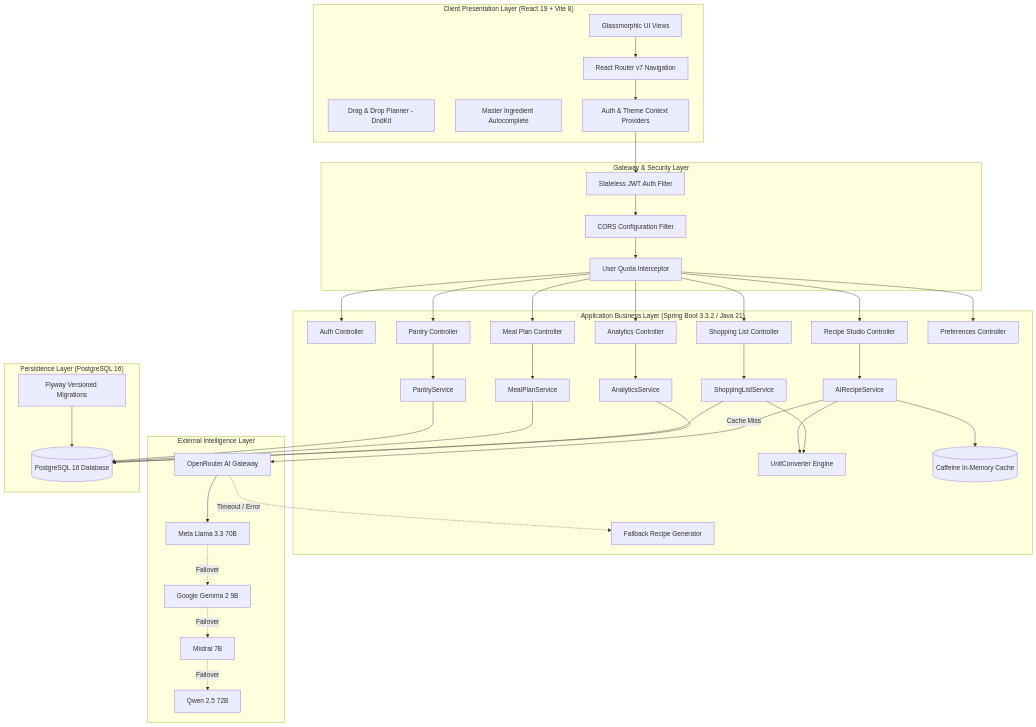
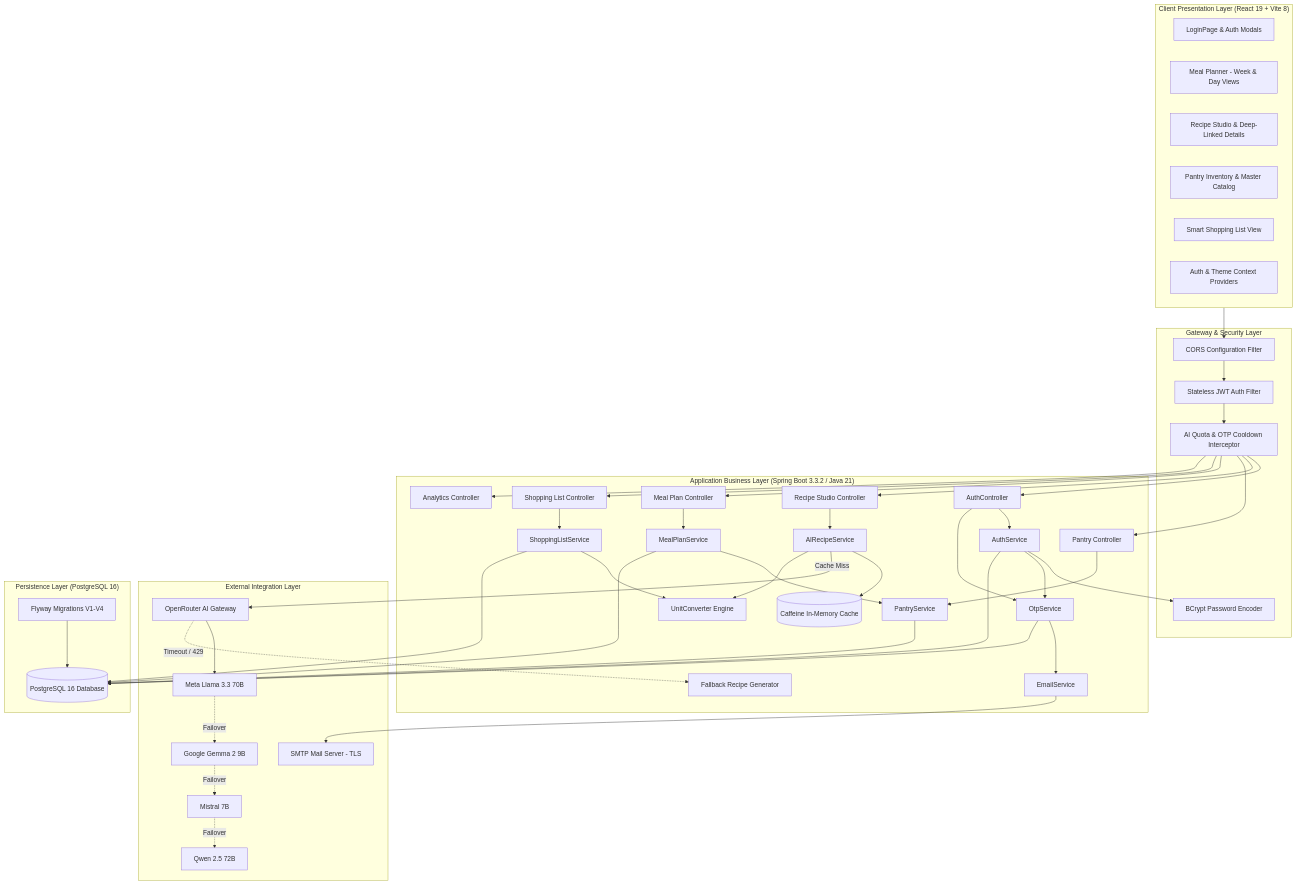
The first of 5 diagrams in README.md (jayeshahir09/MealCraft), drawn with Mermaid before and after one commit. The commit also changed other lines of this file, not shown here.

First line of the commit message:
docs: update system architecture, end-to-end workflows, and test matrix in README

````diff
--- a/README.md
+++ b/README.md
@@ -107,69 +121,77 @@
 ```mermaid
 flowchart TB
     subgraph Client ["Client Presentation Layer (React 19 + Vite 8)"]
-        UI[Glassmorphic UI Views]
-        Router[React Router v7 Navigation]
-        DnD[Drag & Drop Planner - DndKit]
-        Catalog[Master Ingredient Autocomplete]
+        LoginPage[LoginPage & Auth Modals]
+        PlannerUI[Meal Planner - Week & Day Views]
+        RecipeUI[Recipe Studio & Deep-Linked Details]
+        PantryUI[Pantry Inventory & Master Catalog]
+        ShoppingUI[Smart Shopping List View]
         AuthContext[Auth & Theme Context Providers]
     end
 
     subgraph Security ["Gateway & Security Layer"]
         CORS[CORS Configuration Filter]
         JWT[Stateless JWT Auth Filter]
-        RateLimiter[User Quota Interceptor]
+        RateLimiter[AI Quota & OTP Cooldown Interceptor]
+        BCrypt[BCrypt Password Encoder]
     end
 
     subgraph Backend ["Application Business Layer (Spring Boot 3.3.2 / Java 21)"]
-        AuthController[Auth Controller]
+        AuthController[AuthController]
         RecipeController[Recipe Studio Controller]
         PantryController[Pantry Controller]
         MealPlanController[Meal Plan Controller]
         ShoppingController[Shopping List Controller]
         AnalyticsController[Analytics Controller]
-        PrefController[Preferences Controller]
 
+        AuthService[AuthService]
+        OtpService[OtpService]
+        EmailService[EmailService]
         AIService[AIRecipeService]
         UnitConv[UnitConverter Engine]
         ShoppingService[ShoppingListService]
         PantryService[PantryService]
         MealPlanService[MealPlanService]
-        AnalyticsService[AnalyticsService]
 
         Cache[(Caffeine In-Memory Cache)]
         FallbackGen[Fallback Recipe Generator]
     end
 
-    subgraph External ["External Intelligence Layer"]
+    subgraph External ["External Integration Layer"]
         OpenRouter[OpenRouter AI Gateway]
         LLM1[Meta Llama 3.3 70B]
         LLM2[Google Gemma 2 9B]
         LLM3[Mistral 7B]
         LLM4[Qwen 2.5 72B]
+        SMTPServer[SMTP Mail Server - TLS]
     end
 
     subgraph Database ["Persistence Layer (PostgreSQL 16)"]
-        Flyway[Flyway Versioned Migrations]
+        Flyway[Flyway Migrations V1-V4]
         PG[(PostgreSQL 16 Database)]
     end
 
-    UI --> Router --> AuthContext
-    AuthContext --> JWT --> CORS --> RateLimiter
-    RateLimiter --> AuthController & RecipeController & PantryController & MealPlanController & ShoppingController & AnalyticsController & PrefController
+    Client --> CORS --> JWT --> RateLimiter
+    RateLimiter --> AuthController & RecipeController & PantryController & MealPlanController & ShoppingController & AnalyticsController
+
+    AuthController --> AuthService & OtpService
+    AuthService --> BCrypt
+    AuthService --> OtpService
+    OtpService --> EmailService
+    EmailService --> SMTPServer
 
     RecipeController --> AIService
     AIService --> Cache
     AIService -- Cache Miss --> OpenRouter
     OpenRouter --> LLM1 -. Failover .-> LLM2 -. Failover .-> LLM3 -. Failover .-> LLM4
-    OpenRouter -. Timeout / Error .-> FallbackGen
+    OpenRouter -. Timeout / 429 .-> FallbackGen
     AIService --> UnitConv
 
-    PantryController --> PantryService --> PG
-    MealPlanController --> MealPlanService --> PG
-    ShoppingController --> ShoppingService
-    ShoppingService --> UnitConv
-    ShoppingService --> PG
-    AnalyticsController --> AnalyticsService --> PG
+    MealPlanController --> MealPlanService
+    MealPlanService --> PantryService
+    PantryController --> PantryService
+    ShoppingController --> ShoppingService --> UnitConv
 
+    AuthService & OtpService & MealPlanService & PantryService & ShoppingService --> PG
     Flyway --> PG
 ```
````
